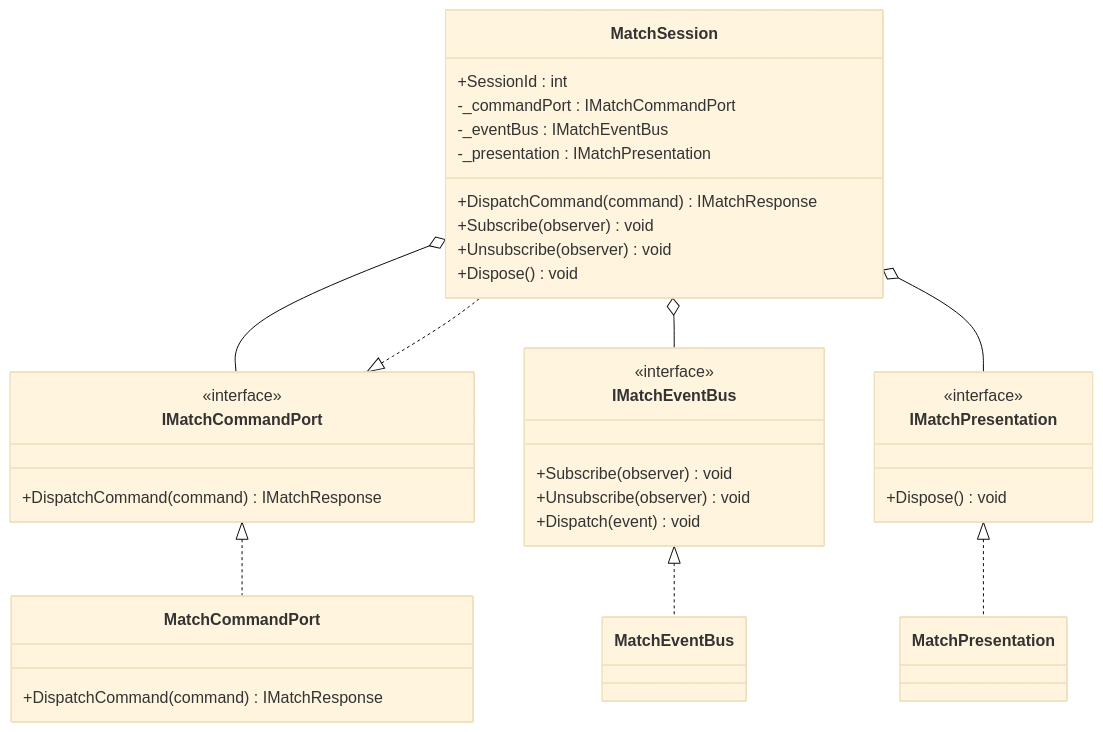
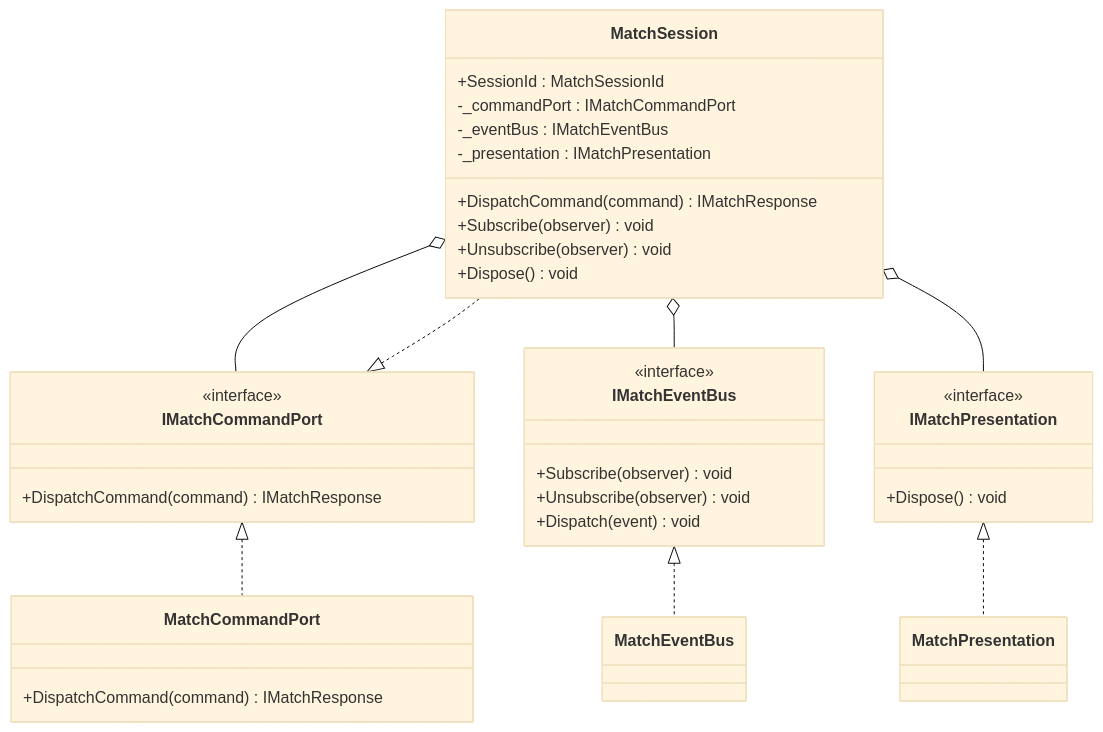
Before and after one commit to takaotokuno/unity-quoridor: the first of 3 diagrams in docs/diagrams/runtime/match-session-gameflow.md, drawn with Mermaid (base theme). The commit also changed 9 other files, not shown here.

Commit message:
Introduce MatchSessionId value object

````diff
--- a/docs/diagrams/runtime/match-session-gameflow.md
+++ b/docs/diagrams/runtime/match-session-gameflow.md
@@ -5,45 +5,45 @@
 ```mermaid
 classDiagram
     class MatchSession{
-        +SessionId : int
+        +SessionId : MatchSessionId
         -_commandPort : IMatchCommandPort
         -_eventBus : IMatchEventBus
         -_presentation : IMatchPresentation
         +DispatchCommand(command) IMatchResponse
         +Subscribe(observer) void
         +Unsubscribe(observer) void
         +Dispose() void
     }
 
     class IMatchCommandPort{
         <<interface>>
         +DispatchCommand(command) IMatchResponse
     }
 
     class IMatchEventBus{
         <<interface>>
         +Subscribe(observer) void
         +Unsubscribe(observer) void
         +Dispatch(event) void
     }
 
     class IMatchPresentation{
         <<interface>>
         +Dispose() void
     }
 
     class MatchCommandPort{
         +DispatchCommand(command) IMatchResponse
     }
 
     class MatchEventBus
     class MatchPresentation
 
     IMatchCommandPort <|.. MatchSession
     MatchSession o-- IMatchCommandPort
     MatchSession o-- IMatchEventBus
     MatchSession o-- IMatchPresentation
     IMatchCommandPort <|.. MatchCommandPort
     IMatchEventBus <|.. MatchEventBus
     IMatchPresentation <|.. MatchPresentation
 ```
````
